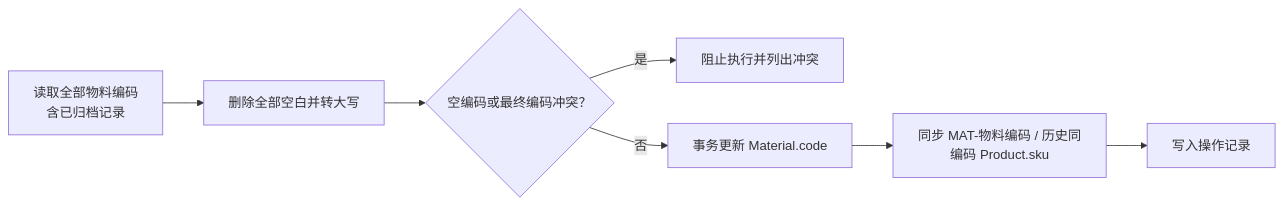
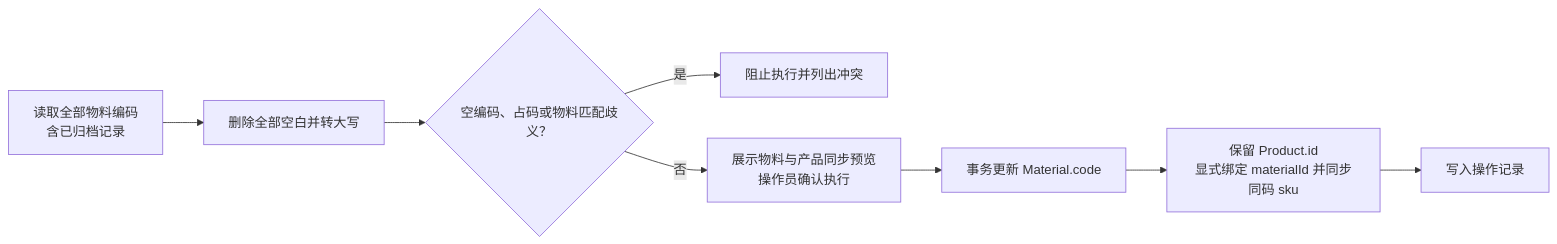
One commit to goldf2/mes-lite changed the third of 18 diagrams in docs/minierp/system-function-flow.md. Above: the diagram before and after it, drawn with Mermaid. The commit also changed other lines of this file and 51 other files, not shown here.

````diff
--- a/docs/minierp/system-function-flow.md
+++ b/docs/minierp/system-function-flow.md
@@ -196,9 +197,10 @@
 ```mermaid
 flowchart LR
   A["读取全部物料编码<br/>含已归档记录"] --> B["删除全部空白并转大写"]
-  B --> C{"空编码或最终编码冲突？"}
+  B --> C{"空编码、占码或物料匹配歧义？"}
   C -- 是 --> D["阻止执行并列出冲突"]
-  C -- 否 --> E["事务更新 Material.code"]
-  E --> F["同步 MAT-物料编码 / 历史同编码 Product.sku"]
+  C -- 否 --> P["展示物料与产品同步预览<br/>操作员确认执行"]
+  P --> E["事务更新 Material.code"]
+  E --> F["保留 Product.id<br/>显式绑定 materialId 并同步同码 sku"]
   F --> G["写入操作记录"]
 ```
````
